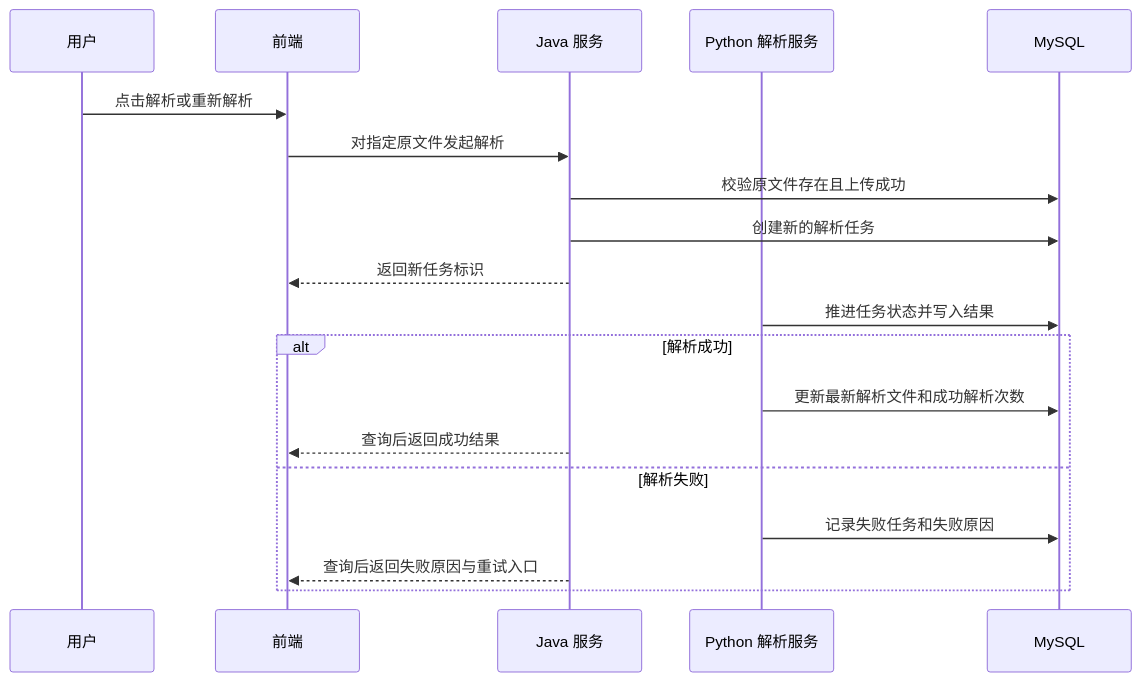
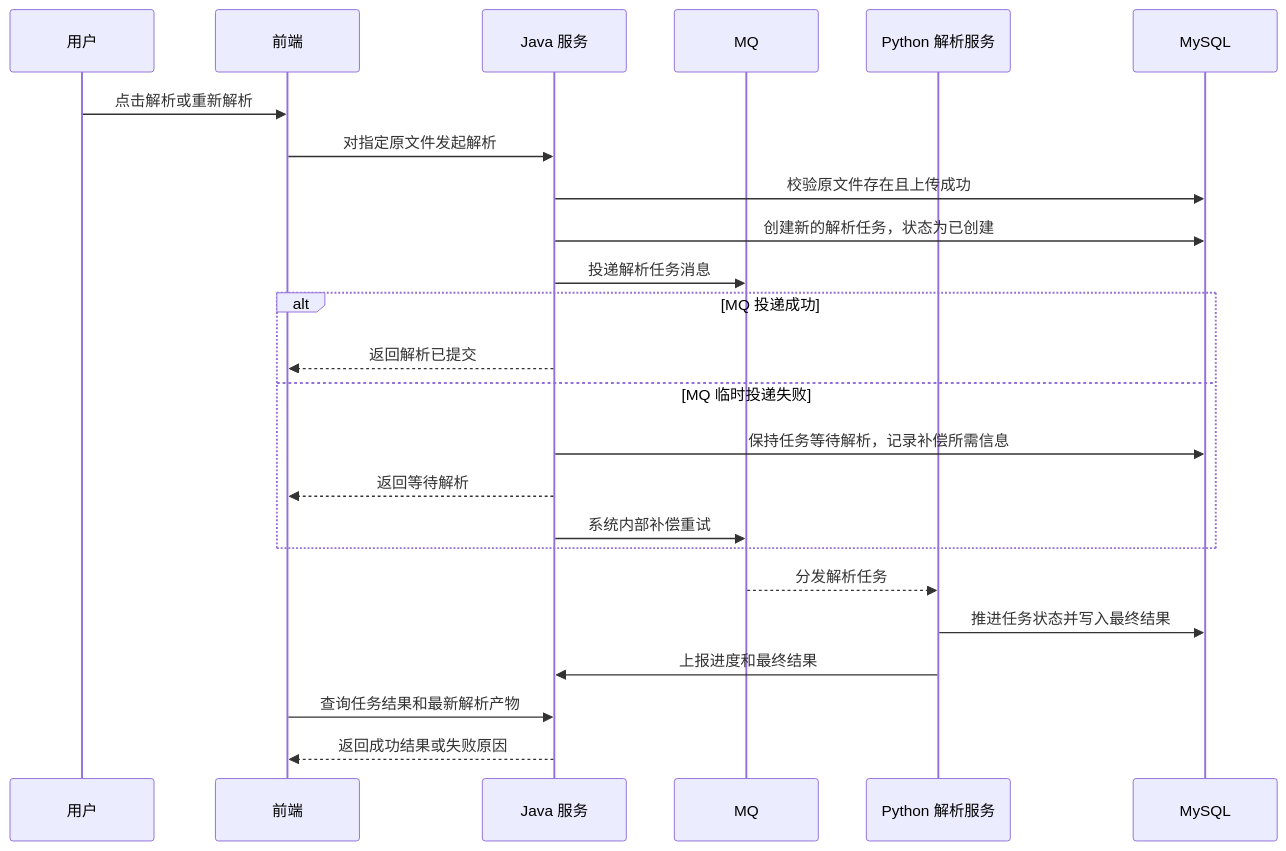
One commit to ql-link/LinkRag-Service changed the second of 2 diagrams in docs/module-development-files/storage-file-management/二期/requirement.md. Above: the diagram before and after it, drawn with Mermaid. The commit also changed other lines of this file and 30 other files, not shown here.

````diff
--- a/docs/module-development-files/storage-file-management/二期/requirement.md
+++ b/docs/module-development-files/storage-file-management/二期/requirement.md
@@ -84,22 +90,27 @@
 ```mermaid
 sequenceDiagram
     participant User as 用户
     participant FE as 前端
     participant Java as Java 服务
+    participant MQ as MQ
     participant Python as Python 解析服务
-    participant DB as MySQL
+    participant MySQL as MySQL
 
     User->>FE: 点击解析或重新解析
     FE->>Java: 对指定原文件发起解析
-    Java->>DB: 校验原文件存在且上传成功
-    Java->>DB: 创建新的解析任务
-    Java-->>FE: 返回新任务标识
-    Python->>DB: 推进任务状态并写入结果
-    alt 解析成功
-        Python->>DB: 更新最新解析文件和成功解析次数
-        Java-->>FE: 查询后返回成功结果
-    else 解析失败
-        Python->>DB: 记录失败任务和失败原因
-        Java-->>FE: 查询后返回失败原因与重试入口
+    Java->>MySQL: 校验原文件存在且上传成功
+    Java->>MySQL: 创建新的解析任务，状态为已创建
+    Java->>MQ: 投递解析任务消息
+    alt MQ 投递成功
+        Java-->>FE: 返回解析已提交
+    else MQ 临时投递失败
+        Java->>MySQL: 保持任务等待解析，记录补偿所需信息
+        Java-->>FE: 返回等待解析
+        Java->>MQ: 系统内部补偿重试
     end
+    MQ-->>Python: 分发解析任务
+    Python->>MySQL: 推进任务状态并写入最终结果
+    Python->>Java: 上报进度和最终结果
+    FE->>Java: 查询任务结果和最新解析产物
+    Java-->>FE: 返回成功结果或失败原因
 ```
````
